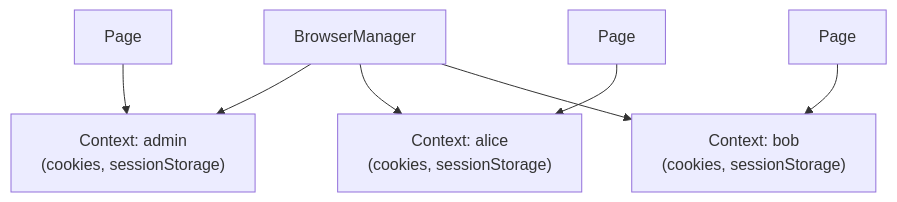
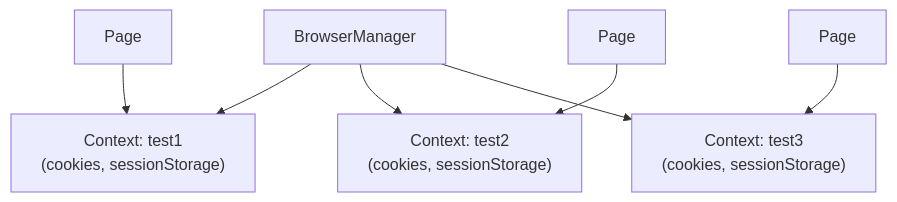
The ninth of 10 diagrams in site/design/software-design.md (mattbriggs/this-or-that-agent), drawn with Mermaid before and after one commit. The commit also changed other lines of this file and 11 other files, not shown here.

````diff
--- a/site/design/software-design.md
+++ b/site/design/software-design.md
@@ -200,13 +324,13 @@
 ```mermaid
 graph TB
     BM["BrowserManager"]
-    C1["Context: admin<br/>(cookies, sessionStorage)"]
-    C2["Context: alice<br/>(cookies, sessionStorage)"]
-    C3["Context: bob<br/>(cookies, sessionStorage)"]
+    C1["Context: test1\n(cookies, sessionStorage)"]
+    C2["Context: test2\n(cookies, sessionStorage)"]
+    C3["Context: test3\n(cookies, sessionStorage)"]
     BM --> C1
     BM --> C2
     BM --> C3
     P1["Page"] --> C1
     P2["Page"] --> C2
     P3["Page"] --> C3
 ```
````
